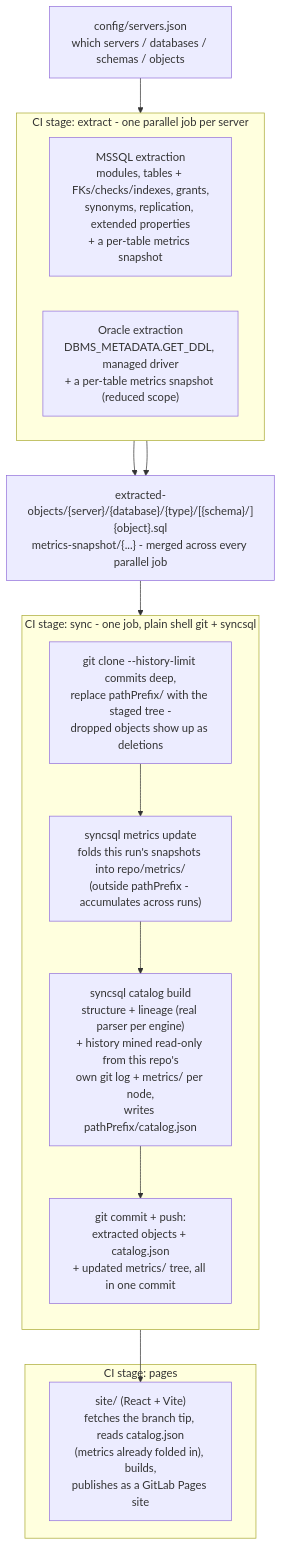
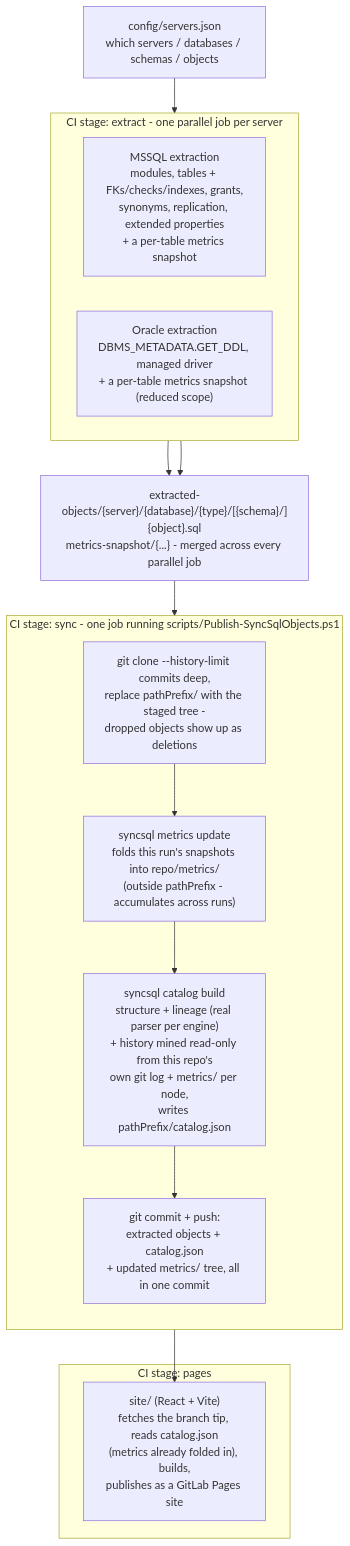
Before and after one commit to cangelosilima/SyncSQL: the diagram in README.md, drawn with Mermaid. The commit also changed other lines of this file and 26 other files, not shown here.

````diff
--- a/README.md
+++ b/README.md
@@ -76,31 +76,31 @@
 ```mermaid
 flowchart TD
     config["config/servers.json<br/>which servers / databases / schemas / objects"]
 
     subgraph extract["CI stage: extract - one parallel job per server"]
         direction LR
         mssql["MSSQL extraction<br/>modules, tables + FKs/checks/indexes, grants,<br/>synonyms, replication, extended properties<br/>+ a per-table metrics snapshot"]
         oracle["Oracle extraction<br/>DBMS_METADATA.GET_DDL, managed driver<br/>+ a per-table metrics snapshot (reduced scope)"]
     end
 
     staged["extracted-objects/{server}/{database}/{type}/[{schema}/]{object}.sql<br/>metrics-snapshot/{...} - merged across every parallel job"]
 
-    subgraph sync["CI stage: sync - one job, plain shell git + syncsql"]
+    subgraph sync["CI stage: sync - one job running scripts/Publish-SyncSqlObjects.ps1"]
         direction TB
         clone["git clone --history-limit commits deep,<br/>replace pathPrefix/ with the staged tree -<br/>dropped objects show up as deletions"]
         metrics["syncsql metrics update<br/>folds this run's snapshots into repo/metrics/<br/>(outside pathPrefix - accumulates across runs)"]
         catalog["syncsql catalog build<br/>structure + lineage (real parser per engine)<br/>+ history mined read-only from this repo's<br/>own git log + metrics/ per node,<br/>writes pathPrefix/catalog.json"]
         commit["git commit + push:<br/>extracted objects + catalog.json<br/>+ updated metrics/ tree, all in one commit"]
         clone --> metrics --> catalog --> commit
     end
 
     subgraph pages["CI stage: pages"]
         site["site/ (React + Vite)<br/>fetches the branch tip, reads catalog.json<br/>(metrics already folded in), builds,<br/>publishes as a GitLab Pages site"]
     end
 
     config --> extract
     mssql --> staged
     oracle --> staged
     staged --> sync
     commit --> site
 ```
````
